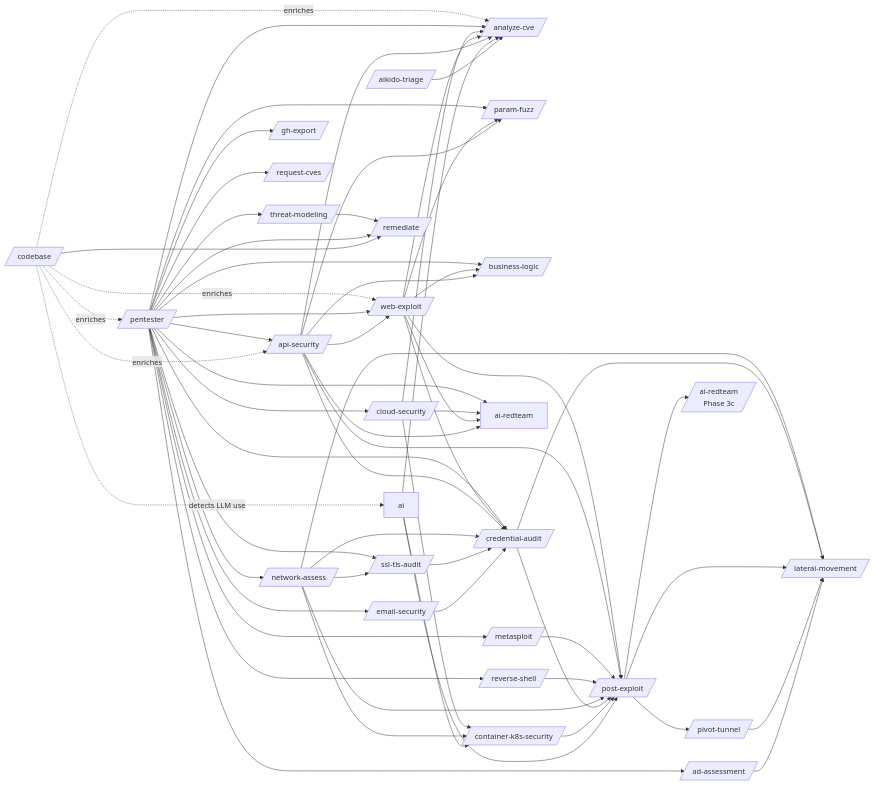
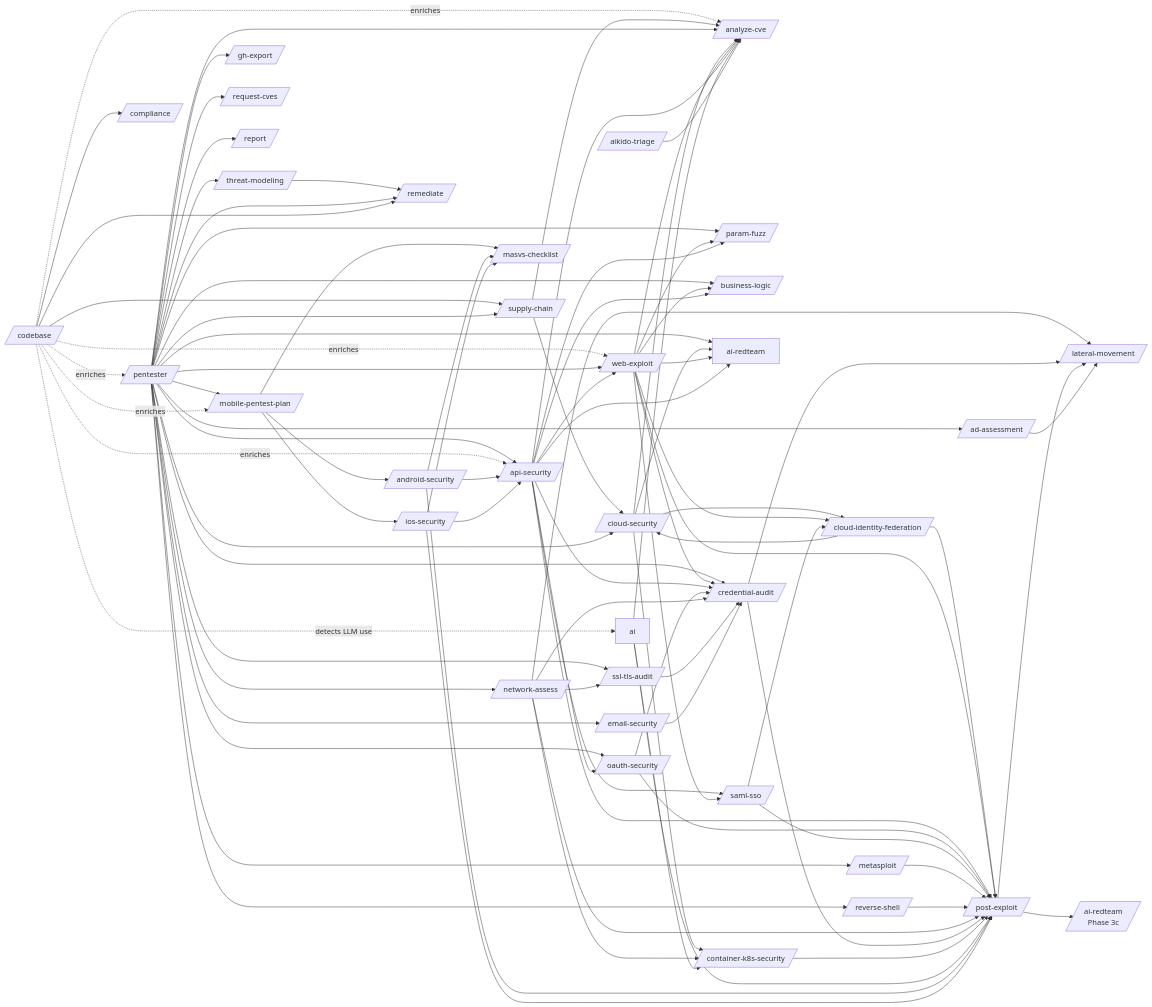
The diagram in docs/skills.md (0x0pointer/agent-smith), drawn with Mermaid before and after one commit. The commit also changed other lines of this file and 9 other files, not shown here.

````diff
--- a/docs/skills.md
+++ b/docs/skills.md
@@ -644,6 +658,13 @@
     codebase -.enriches.-> web[/web-exploit/]
     codebase -.enriches.-> cve[/analyze-cve/]
     codebase -.detects LLM use.-> ai
+
+    %% Codebase-driven appsec review
+    codebase --> comp[/compliance/]
+    codebase --> sc[/supply-chain/]
+    pentester --> sc
+    sc --> cve
+    sc --> cloud
 
     %% Pentester is the hub — branches to every scan/discovery skill
     pentester[/pentester/] --> web
@@ -666,6 +687,12 @@
     cloud --> k8s[/container-k8s-security/]
     cloud --> cve
 
+    %% Cloud identity federation — OIDC/workload-identity/SSRF→creds
+    cloud --> cif
+    web --> cif
+    cif --> post
+    cif --> cloud
+
     %% Web exploitation feeds CVE analysis, creds, post-exploit, param-fuzz, business-logic, and AI red-team
     web --> pf
     web --> bl
@@ -683,6 +710,16 @@
     api --> creds
     api --> post
     codebase -.enriches.-> api
+
+    %% OAuth / SAML / SSO web-identity skills
+    pentester --> oauth[/oauth-security/]
+    api --> oauth
+    api --> saml[/saml-sso/]
+    web --> saml
+    oauth --> creds
+    oauth --> post
+    saml --> post
+    saml --> cif[/cloud-identity-federation/]
 
     %% Metasploit & reverse-shell drop into post-exploit
     msf --> post
@@ -704,11 +741,9 @@
     %% Container/K8s security
     k8s --> post
 
-    %% Post-exploit → pivoting & lateral movement
+    %% Post-exploit → lateral movement
     post --> lateral
-    post --> pivot[/pivot-tunnel/]
     post --> ai_post[/ai-redteam<br/>Phase 3c/]
-    pivot --> lateral
     ad --> lateral
 
     %% AI red-team → post-access infra checks
@@ -719,6 +754,19 @@
     %% Aikido triage feeds CVE dataflow analysis
     aikido[/aikido-triage/] --> cve
 
+    %% Mobile pentest orchestration
+    pentester --> mpp[/mobile-pentest-plan/]
+    codebase -.enriches.-> mpp
+    mpp --> android[/android-security/]
+    mpp --> ios[/ios-security/]
+    mpp --> masvs[/masvs-checklist/]
+    android --> api
+    ios --> api
+    android --> masvs
+    ios --> masvs
+    android --> post
+    ios --> post
+
     %% Reporting tail
     pentester --> tm[/threat-modeling/]
     tm --> remediate[/remediate/]
@@ -726,4 +774,5 @@
     codebase --> remediate
     pentester --> ghexp[/gh-export/]
     pentester --> req[/request-cves/]
+    pentester --> report[/report/]
 ```
````
